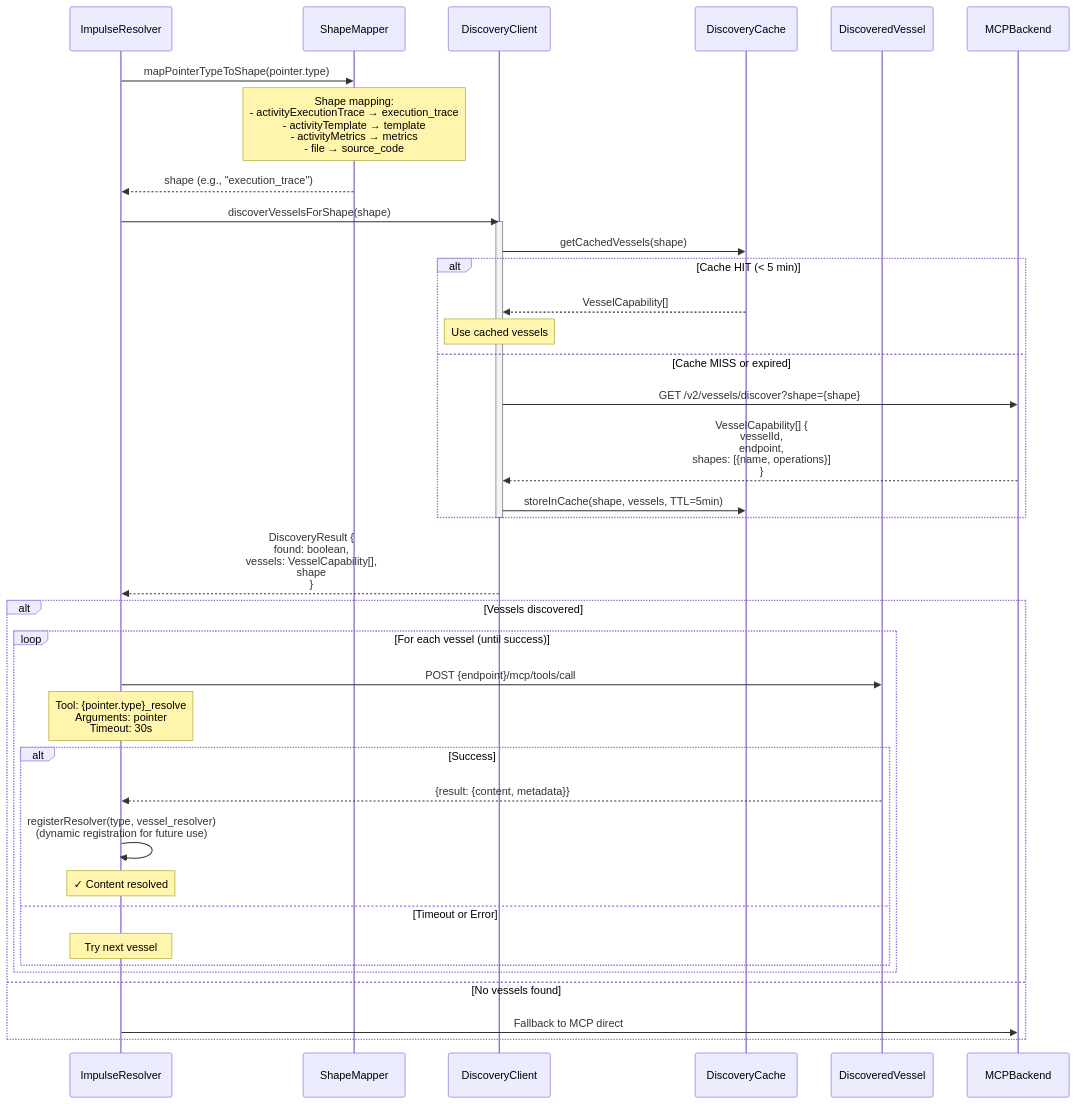
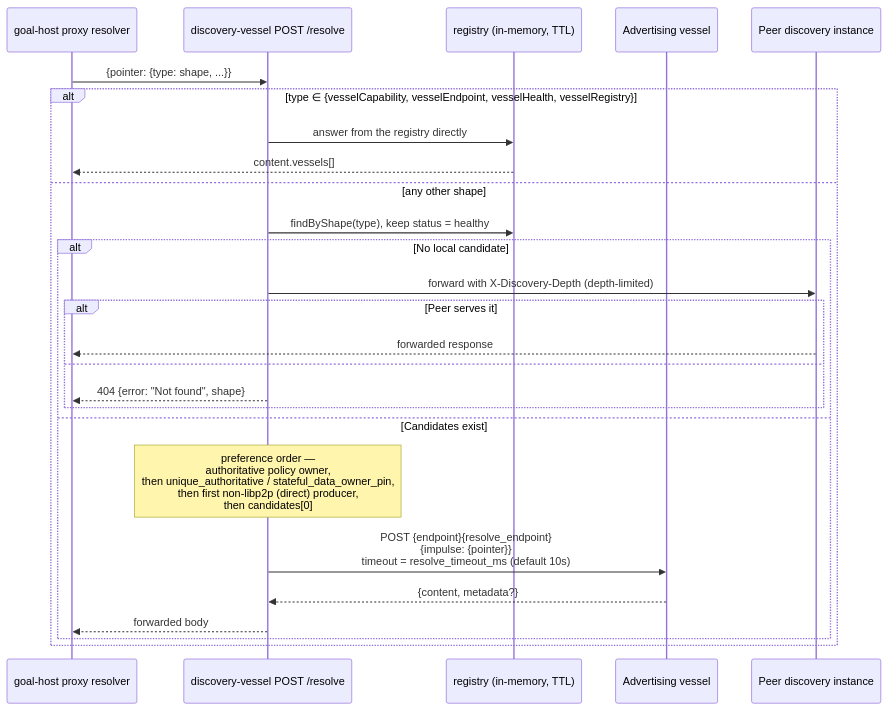
One commit to AviGopal/substrate changed the fifth of 6 diagrams in docs/architecture/sequences/02-impulse-resolution.md. Above: the diagram before and after it, drawn with Mermaid. The commit also changed other lines of this file and 43 other files, not shown here.

````diff
--- a/docs/architecture/sequences/02-impulse-resolution.md
+++ b/docs/architecture/sequences/02-impulse-resolution.md
@@ -420,46 +194,30 @@
 ```mermaid
 sequenceDiagram
-    participant IR as ImpulseResolver
-    participant Mapper as ShapeMapper
-    participant Disc as DiscoveryClient
-    participant Cache as DiscoveryCache
-    participant Vessel as DiscoveredVessel
-    participant MCP as MCPBackend
+    participant Caller as goal-host proxy resolver
+    participant Disc as discovery-vessel POST /resolve
+    participant Reg as registry (in-memory, TTL)
+    participant Target as Advertising vessel
+    participant Peer as Peer discovery instance
 
-    IR->>Mapper: mapPointerTypeToShape(pointer.type)
-    Note over Mapper: Shape mapping:<br/>- activityExecutionTrace → execution_trace<br/>- activityTemplate → template<br/>- activityMetrics → metrics<br/>- file → source_code
-    Mapper-->>IR: shape (e.g., "execution_trace")
+    Caller->>Disc: {pointer: {type: shape, ...}}
 
-    IR->>Disc: discoverVesselsForShape(shape)
-    activate Disc
-
-    Disc->>Cache: getCachedVessels(shape)
-    alt Cache HIT (< 5 min)
-        Cache-->>Disc: VesselCapability[]
-        Note over Disc: Use cached vessels
-    else Cache MISS or expired
-        Disc->>MCP: GET /v2/vessels/discover?shape={shape}
-        MCP-->>Disc: VesselCapability[] {<br/>  vesselId,<br/>  endpoint,<br/>  shapes: [{name, operations}]<br/>}
-        Disc->>Cache: storeInCache(shape, vessels, TTL=5min)
-    end
-    deactivate Disc
-
-    Disc-->>IR: DiscoveryResult {<br/>  found: boolean,<br/>  vessels: VesselCapability[],<br/>  shape<br/>}
-
-    alt Vessels discovered
-        loop For each vessel (until success)
-            IR->>Vessel: POST {endpoint}/mcp/tools/call
-            Note over IR: Tool: {pointer.type}_resolve<br/>Arguments: pointer<br/>Timeout: 30s
-
-            alt Success
-                Vessel-->>IR: {result: {content, metadata}}
-                IR->>IR: registerResolver(type, vessel_resolver)<br/>(dynamic registration for future use)
-                Note over IR: ✓ Content resolved
-            else Timeout or Error
-                Note over IR: Try next vessel
+    alt type ∈ {vesselCapability, vesselEndpoint, vesselHealth, vesselRegistry}
+        Disc->>Reg: answer from the registry directly
+        Reg-->>Caller: content.vessels[]
+    else any other shape
+        Disc->>Reg: findByShape(type), keep status = healthy
+        alt No local candidate
+            Disc->>Peer: forward with X-Discovery-Depth (depth-limited)
+            alt Peer serves it
+                Peer-->>Caller: forwarded response
+            else
+                Disc-->>Caller: 404 {error: "Not found", shape}
             end
+        else Candidates exist
+            Note over Disc: preference order —<br/>authoritative policy owner,<br/>then unique_authoritative / stateful_data_owner_pin,<br/>then first non-libp2p (direct) producer,<br/>then candidates[0]
+            Disc->>Target: POST {endpoint}{resolve_endpoint}<br/>{impulse: {pointer}}<br/>timeout = resolve_timeout_ms (default 10s)
+            Target-->>Disc: {content, metadata?}
+            Disc-->>Caller: forwarded body
         end
-    else No vessels found
-        IR->>MCP: Fallback to MCP direct
     end
 ```
````
